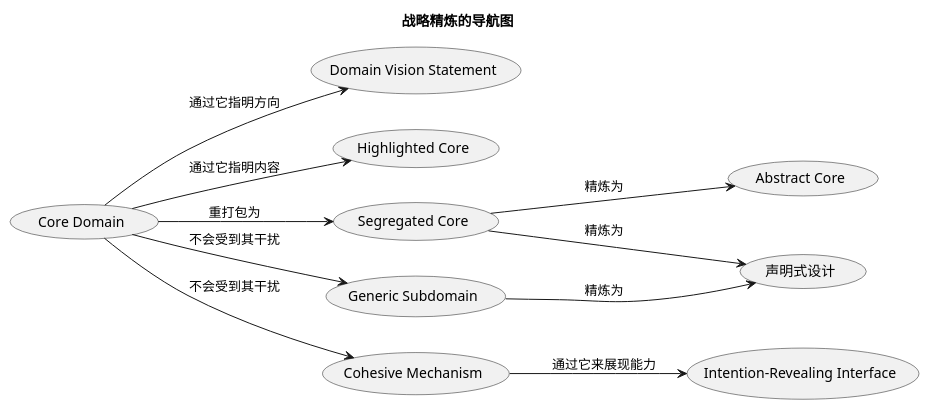
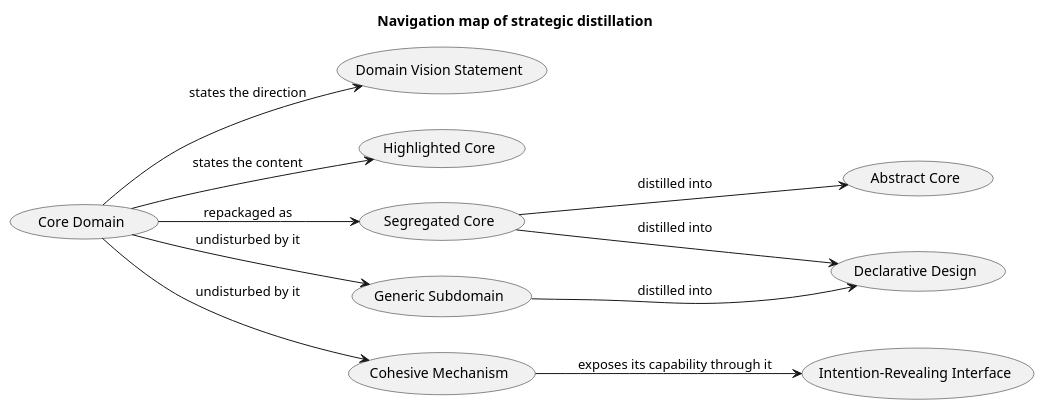
Before and after one commit to lindezhong/nvim-config: diagram 16 of 19 in snippets/ddd.md, drawn with PlantUML. The commit also changed other lines of this file and 17 other files, not shown here.

````diff
--- a/snippets/ddd.md
+++ b/snippets/ddd.md
@@ -1315,28 +1645,28 @@
 ```plantuml
 @startuml
 allowmixing
 left to right direction
-title 战略精炼的导航图
+title Navigation map of strategic distillation
 
 usecase "Core Domain" as cd
 usecase "Domain Vision Statement" as dvs
 usecase "Highlighted Core" as hc
 usecase "Segregated Core" as sc
 usecase "Generic Subdomain" as gs
 usecase "Cohesive Mechanism" as cm
 usecase "Abstract Core" as ac
-usecase 声明式设计
+usecase "Declarative Design" as dd
 usecase "Intention-Revealing Interface" as iri
 
-cd --> dvs : 通过它指明方向 
-cd --> hc : 通过它指明内容
-cd --> sc : 重打包为
-cd --> gs : 不会受到其干扰
-cd --> cm : 不会受到其干扰
-sc --> ac : 精炼为
-sc --> 声明式设计 : 精炼为
-gs --> 声明式设计 : 精炼为
-cm --> iri : 通过它来展现能力
+cd --> dvs : states the direction
+cd --> hc : states the content
+cd --> sc : repackaged as
+cd --> gs : undisturbed by it
+cd --> cm : undisturbed by it
+sc --> ac : distilled into
+sc --> dd : distilled into
+gs --> dd : distilled into
+cm --> iri : exposes its capability through it
 
 @enduml
 ```
````
